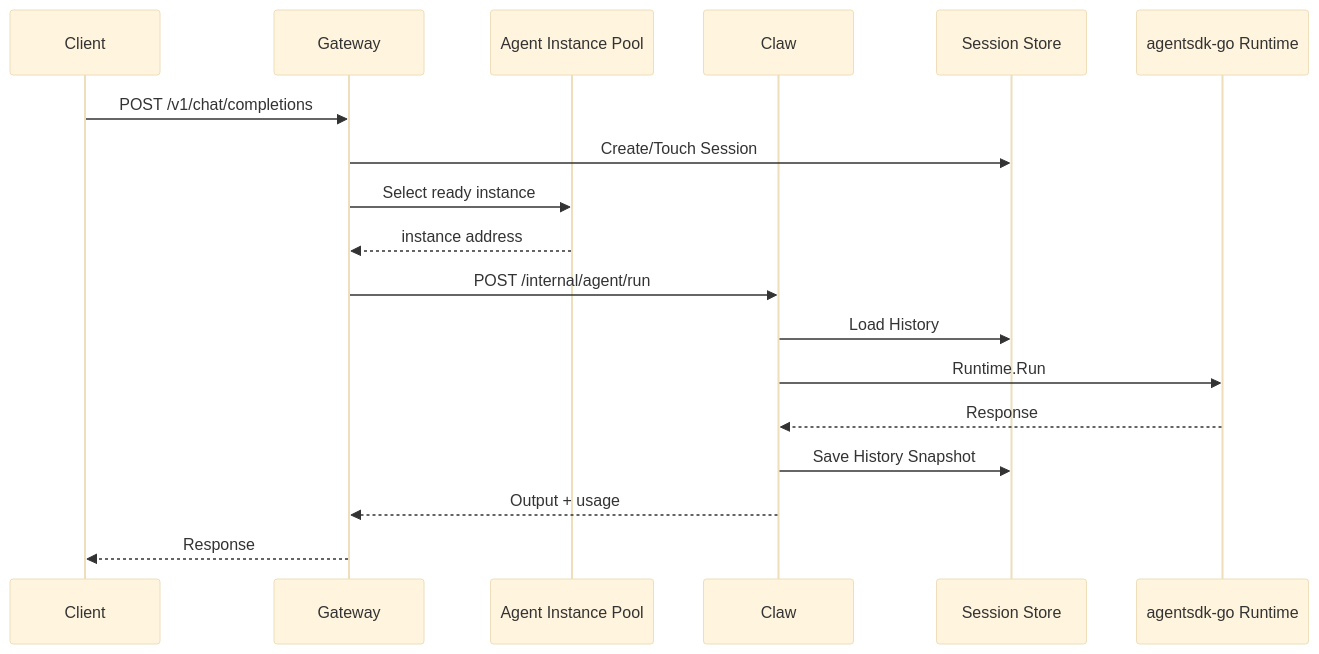
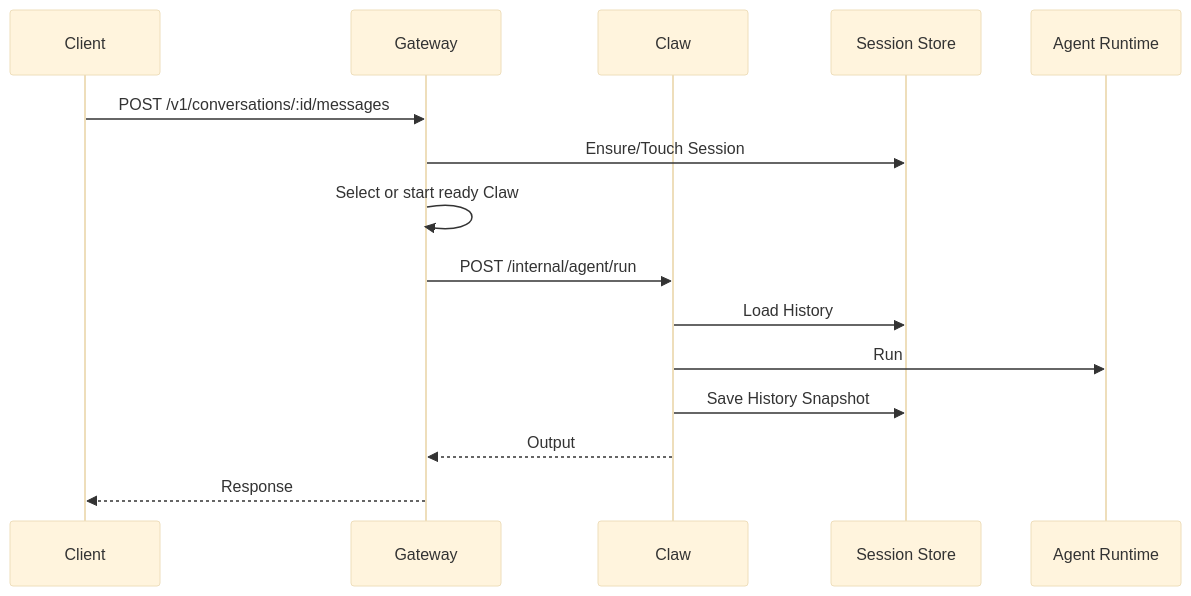
The fifth of 5 diagrams in docs/ai-agent-platform/02-architecture.md (issueye/icoo_claw), drawn with Mermaid (base theme) before and after one commit. The commit also changed other lines of this file and 60 other files, not shown here.

````diff
--- a/docs/ai-agent-platform/02-architecture.md
+++ b/docs/ai-agent-platform/02-architecture.md
@@ -224,21 +149,18 @@
 ```mermaid
 sequenceDiagram
   participant C as Client
   participant G as Gateway
-  participant P as Agent Instance Pool
   participant A as Claw
   participant S as Session Store
-  participant R as agentsdk-go Runtime
+  participant R as Agent Runtime
 
-  C->>G: POST /v1/chat/completions
-  G->>S: Create/Touch Session
-  G->>P: Select ready instance
-  P-->>G: instance address
+  C->>G: POST /v1/conversations/:id/messages
+  G->>S: Ensure/Touch Session
+  G->>G: Select or start ready Claw
   G->>A: POST /internal/agent/run
   A->>S: Load History
-  A->>R: Runtime.Run
-  R-->>A: Response
+  A->>R: Run
   A->>S: Save History Snapshot
-  A-->>G: Output + usage
+  A-->>G: Output
   G-->>C: Response
 ```
````
